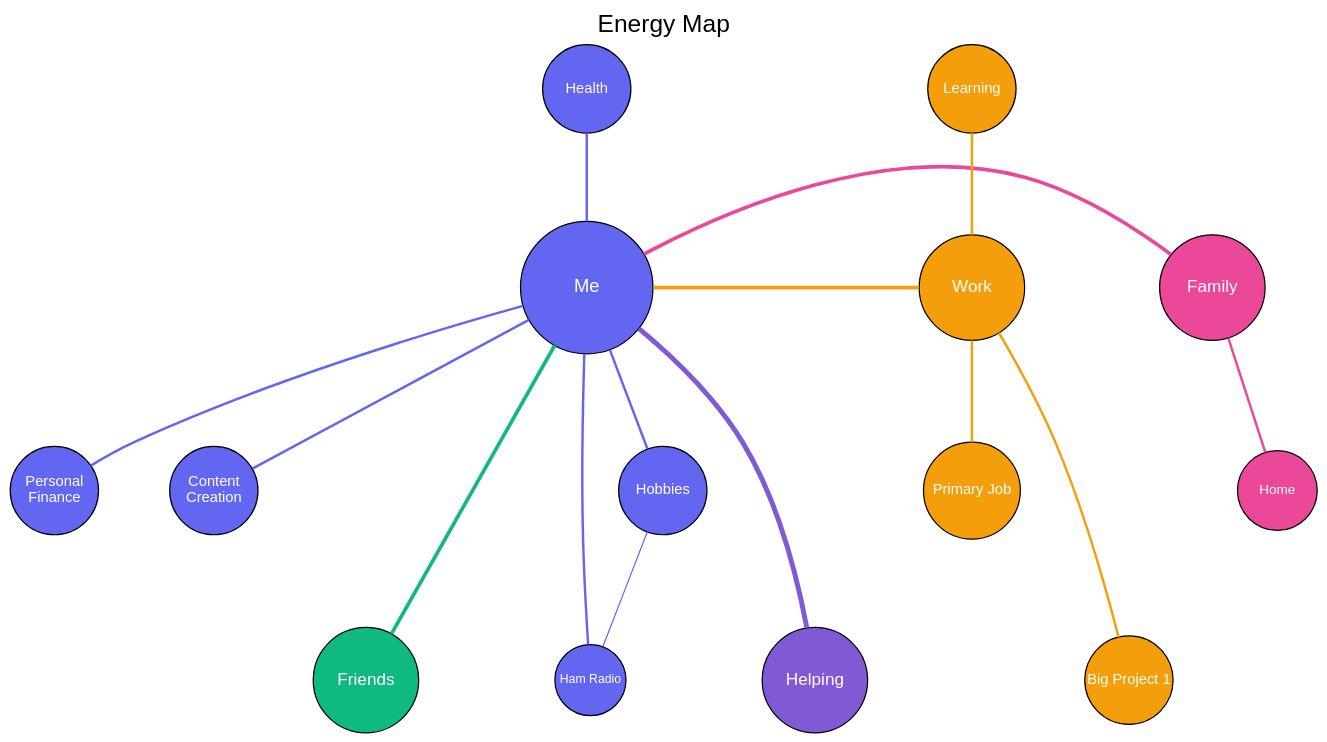
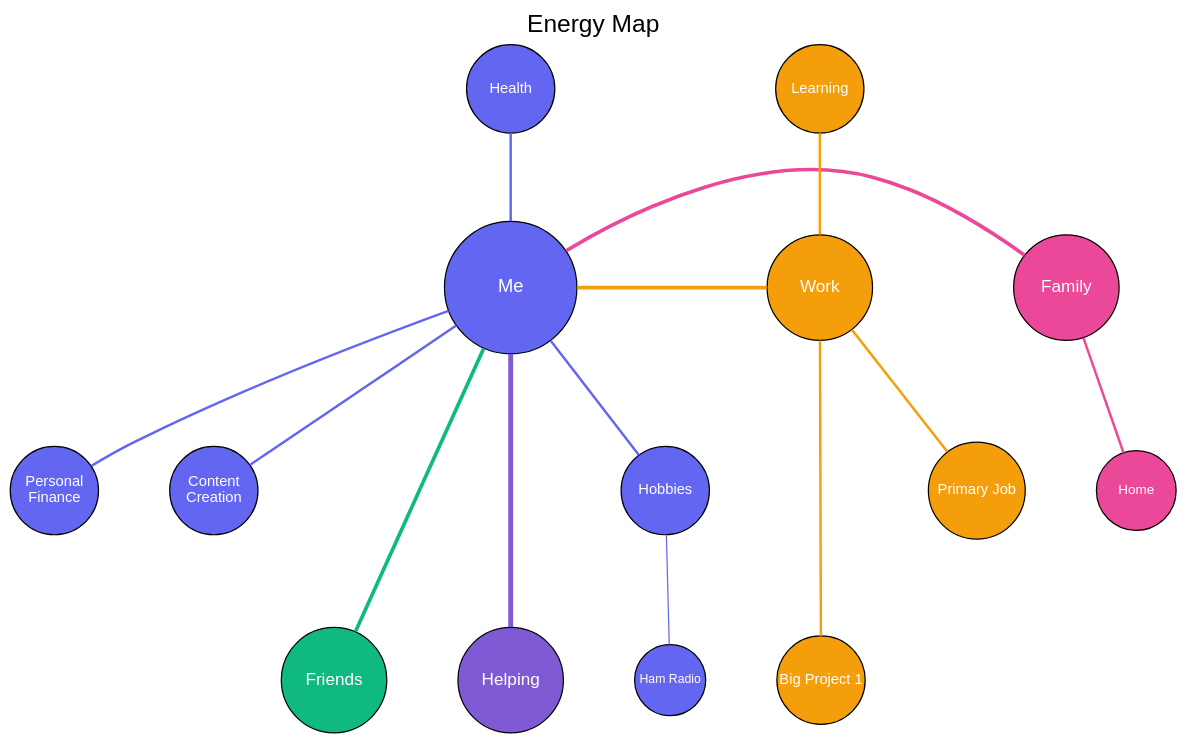
The diagram in input.dot (thejasonkendall/energy-map), drawn with Graphviz before and after one commit. The commit also changed 1 other file, not shown here.

Commit message:
use graphviz 2

```diff
--- a/input.dot
+++ b/input.dot
@@ -1,61 +1,60 @@
 digraph EnergyMap {
     // Graph settings
     graph [rankdir=TB, splines=true, overlap=false, nodesep=0.8, ranksep=1.0, fontname="Arial", label="Energy Map", labelloc=t, fontsize=20, bgcolor="transparent"];
     node [shape=circle, style=filled, fontname="Arial", fixedsize=true, width=1.2];
     edge [penwidth=2, arrowhead=none];
 
     // Main node
     Me [fillcolor="#6366F1", fontcolor=white, fontsize=15, width=1.5, label="Me"];
 
     // Category nodes
     Family [fillcolor="#EC4899", fontcolor=white, fontsize=14, label="Family"];
     Work [fillcolor="#F59E0B", fontcolor=white, fontsize=14, label="Work"];
     Friends [fillcolor="#10B981", fontcolor=white, fontsize=14, label="Friends"];
     Helping [fillcolor="#805AD5", fontcolor=white, fontsize=14, label="Helping"];
 
     // Personal nodes
     Health [fillcolor="#6366F1", fontcolor=white, fontsize=12, width=1.0, label="Health"];
     Hobbies [fillcolor="#6366F1", fontcolor=white, fontsize=12, width=1.0, label="Hobbies"];
     Finance [fillcolor="#6366F1", fontcolor=white, fontsize=12, width=1.0, label="Personal\nFinance"];
     ContentCreation [fillcolor="#6366F1", fontcolor=white, fontsize=12, width=1.0, label="Content\nCreation"];
     HamRadio [fillcolor="#6366F1", fontcolor=white, fontsize=10, width=0.8, label="Ham Radio"];
 
     // Work-related nodes
     PrimaryJob [fillcolor="#F59E0B", fontcolor=white, fontsize=12, width=1.1, label="Primary Job"];
     BigProject [fillcolor="#F59E0B", fontcolor=white, fontsize=12, width=1.0, label="Big Project 1"];
     Learning [fillcolor="#F59E0B", fontcolor=white, fontsize=12, width=1.0, label="Learning"];
 
     // Family node
     Home [fillcolor="#EC4899", fontcolor=white, fontsize=11, width=0.9, label="Home"];
 
     // Main connections from Me
     Me -> Family [color="#EC4899", penwidth=3];
     Me -> Work [color="#F59E0B", penwidth=3];
     Me -> Friends [color="#10B981", penwidth=3];
     Me -> Helping [color="#805AD5", penwidth=4];
 
     // Personal connections
     Me -> Health [color="#6366F1", penwidth=2];
     Me -> Hobbies [color="#6366F1", penwidth=2];
     Me -> Finance [color="#6366F1", penwidth=2];
     Me -> ContentCreation [color="#6366F1", penwidth=2];
-    Me -> HamRadio [color="#6366F1", penwidth=2];
     Hobbies -> HamRadio [color="#6366F1", penwidth=1];
 
     // Work connections
     Work -> PrimaryJob [color="#F59E0B", penwidth=2];
     Work -> BigProject [color="#F59E0B", penwidth=2];
     Work -> Learning [color="#F59E0B", penwidth=2];
 
     // Family connection
     Family -> Home [color="#EC4899", penwidth=2];
 
     // Positioning hints to approximate your layout
     {rank=same; Family; Me; Work}
     {rank=same; Helping; Friends}
     {rank=same; Health; Learning}
     {rank=same; Home; ContentCreation}
     {rank=same; Finance; Hobbies; PrimaryJob}
     {rank=min; Health; Learning}
     {rank=max; Friends; Helping; BigProject; HamRadio}
 }
```
